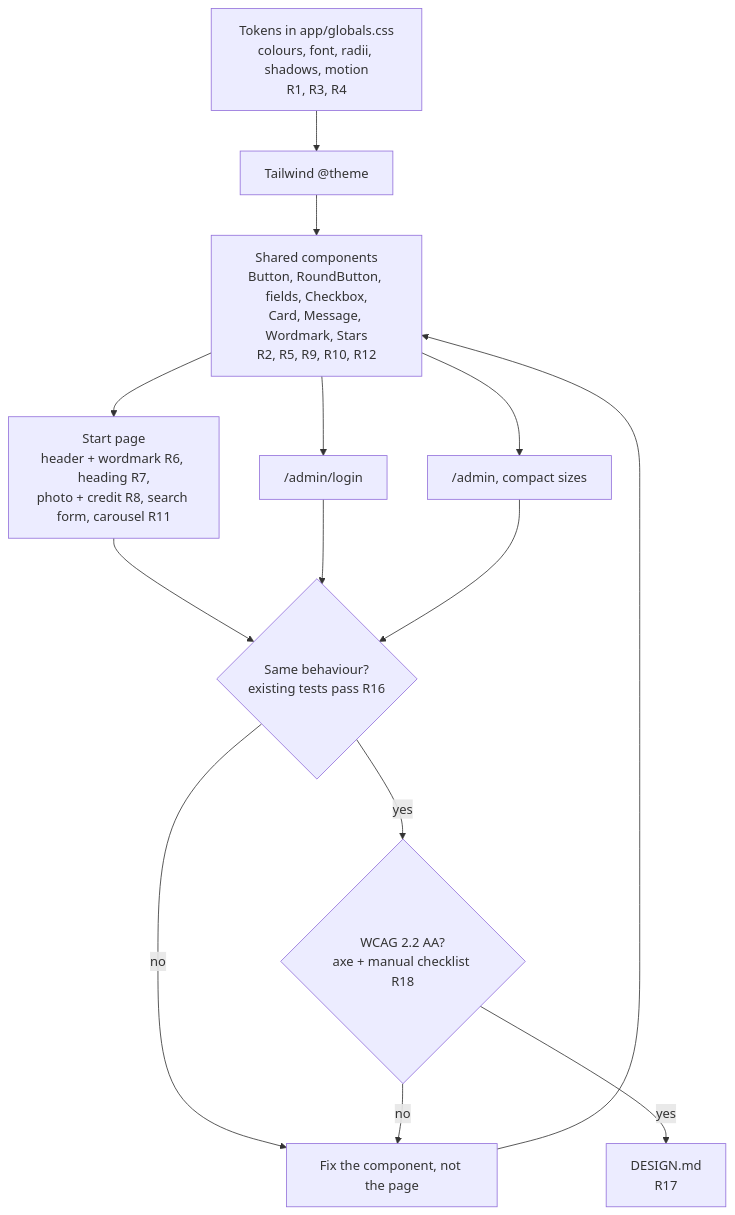
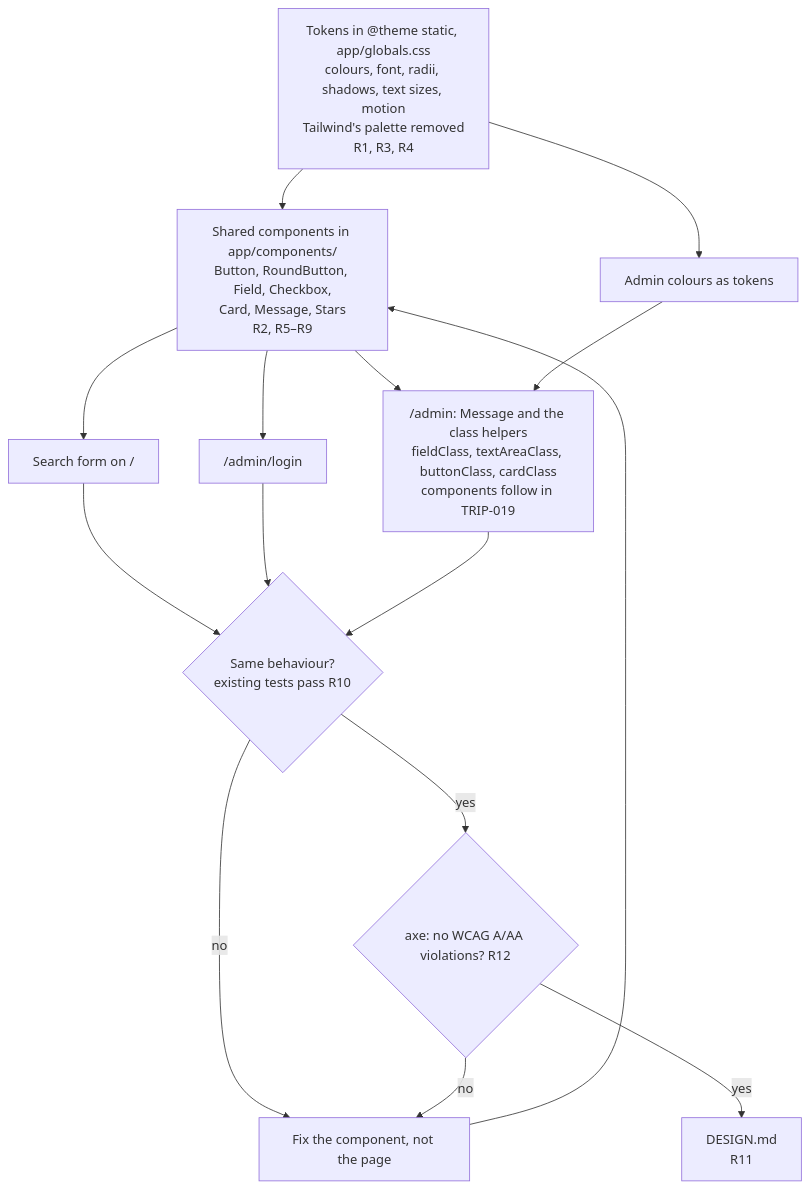
Before and after one commit to gustavnymoen/gurrasflyg: the diagram in specs/TRIP-008-visual-design/flow.mmd, drawn with Mermaid. The commit also changed 45 other files, not shown here.

```diff
--- a/specs/TRIP-008-visual-design/flow.mmd
+++ b/specs/TRIP-008-visual-design/flow.mmd
@@ -1,15 +1,16 @@
-%% TRIP-008 Visual design
+%% TRIP-008 Visual design: foundation
 flowchart TD
-    Tokens["Tokens in app/globals.css<br/>colours, font, radii, shadows, motion<br/>R1, R3, R4"] --> Theme["Tailwind @theme"]
-    Theme --> Comps["Shared components<br/>Button, RoundButton, fields, Checkbox,<br/>Card, Message, Wordmark, Stars<br/>R2, R5, R9, R10, R12"]
-    Comps --> Start["Start page<br/>header + wordmark R6, heading R7,<br/>photo + credit R8, search form, carousel R11"]
+    Tokens["Tokens in @theme static, app/globals.css<br/>colours, font, radii, shadows, text sizes, motion<br/>Tailwind's palette removed<br/>R1, R3, R4"] --> Comps["Shared components in app/components/<br/>Button, RoundButton, Field, Checkbox,<br/>Card, Message, Stars<br/>R2, R5–R9"]
+    Tokens --> AdminColours["Admin colours as tokens"]
+    Comps --> Search["Search form on /"]
     Comps --> Login["/admin/login"]
-    Comps --> Admin["/admin, compact sizes"]
-    Start --> Check{"Same behaviour?<br/>existing tests pass R16"}
+    Comps --> Admin["/admin: Message and the class helpers<br/>fieldClass, textAreaClass, buttonClass, cardClass<br/>components follow in TRIP-019"]
+    AdminColours --> Admin
+    Search --> Check{"Same behaviour?<br/>existing tests pass R10"}
     Login --> Check
     Admin --> Check
     Check -- no --> Fix[Fix the component, not the page]
     Fix --> Comps
-    Check -- yes --> A11y{"WCAG 2.2 AA?<br/>axe + manual checklist R18"}
+    Check -- yes --> A11y{"axe: no WCAG A/AA violations? R12"}
     A11y -- no --> Fix
-    A11y -- yes --> Doc["DESIGN.md<br/>R17"]
+    A11y -- yes --> Doc["DESIGN.md<br/>R11"]
```
